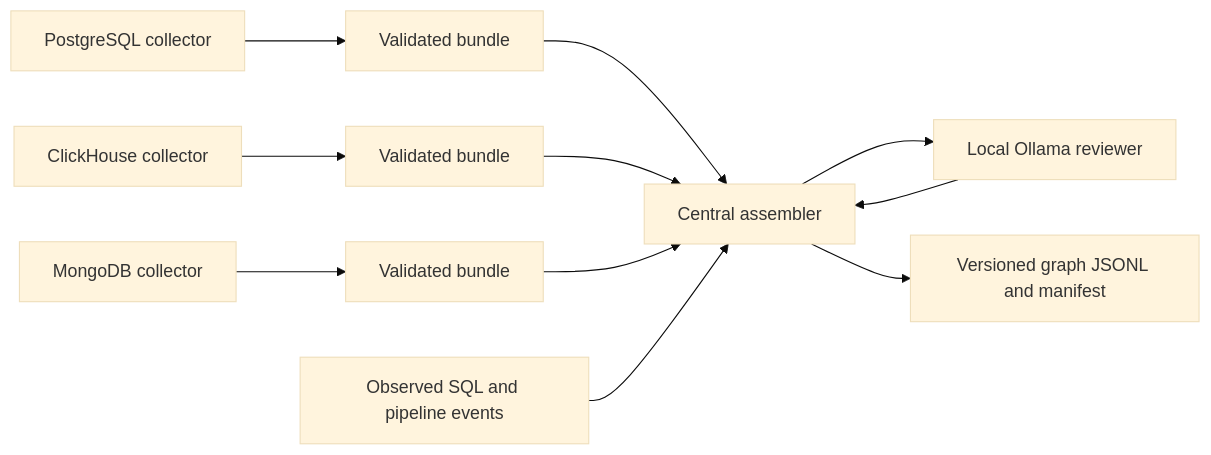
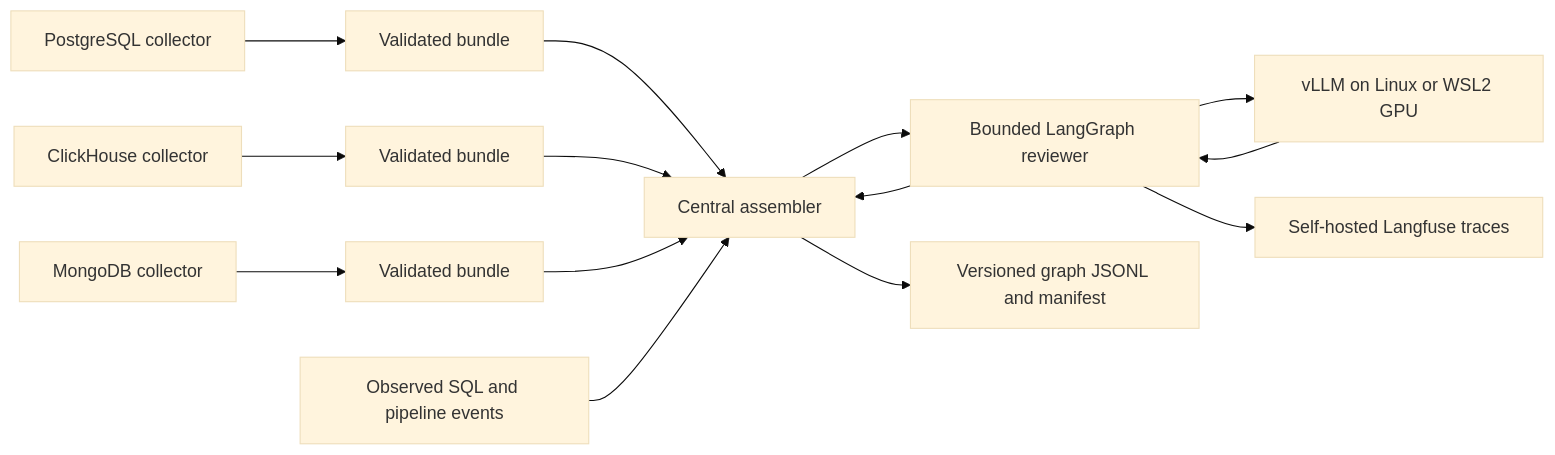
One commit to bayern4teams/db-catalogue changed the diagram in README.md. Above: the diagram before and after it, drawn with Mermaid (base theme). The commit also changed other lines of this file and 8 other files, not shown here.

Commit message:
Document vLLM LangGraph and self-hosted Langfuse architecture

````diff
--- a/README.md
+++ b/README.md
@@ -9,13 +9,16 @@
 ```mermaid
 flowchart LR
   PG[PostgreSQL collector] --> B1[Validated bundle]
   CH[ClickHouse collector] --> B2[Validated bundle]
   MO[MongoDB collector] --> B3[Validated bundle]
   B1 --> A[Central assembler]
   B2 --> A
   B3 --> A
   P[Observed SQL and pipeline events] --> A
-  A --> L[Local Ollama reviewer]
+  A --> L[Bounded LangGraph reviewer]
+  L --> V[vLLM on Linux or WSL2 GPU]
+  V --> L
+  L --> F[Self-hosted Langfuse traces]
   L --> A
   A --> IR[Versioned graph JSONL and manifest]
 ```
````
